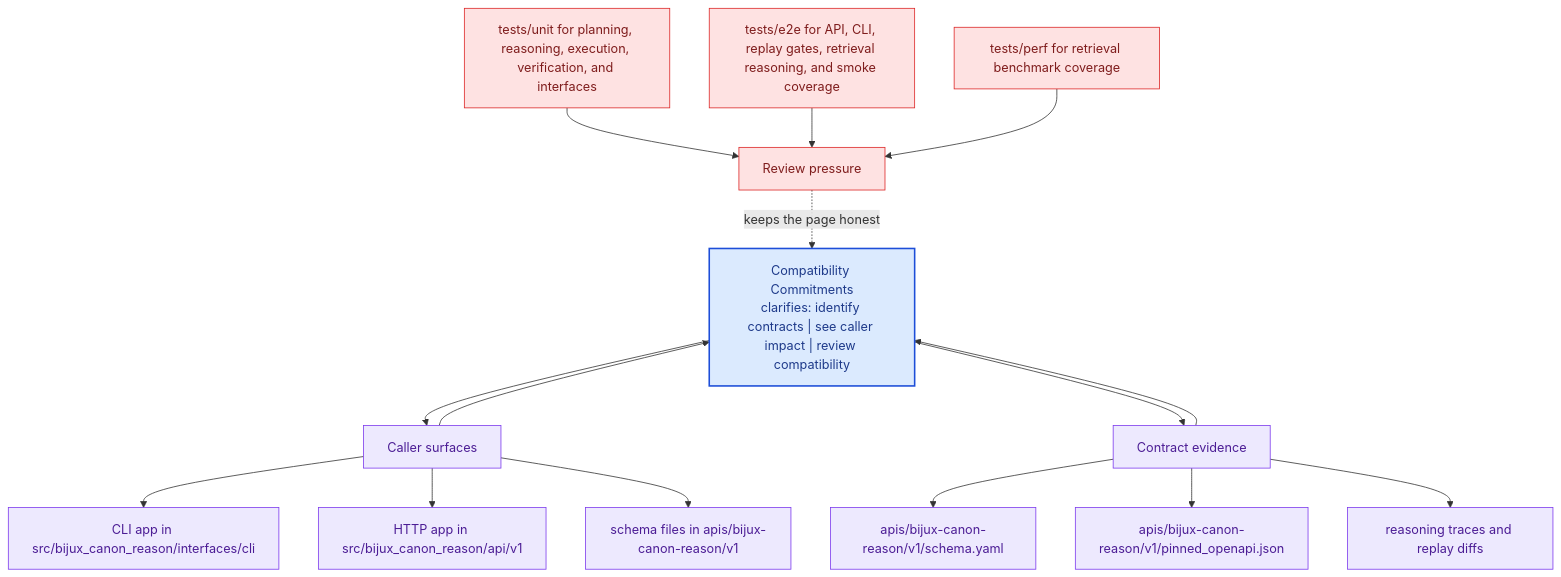
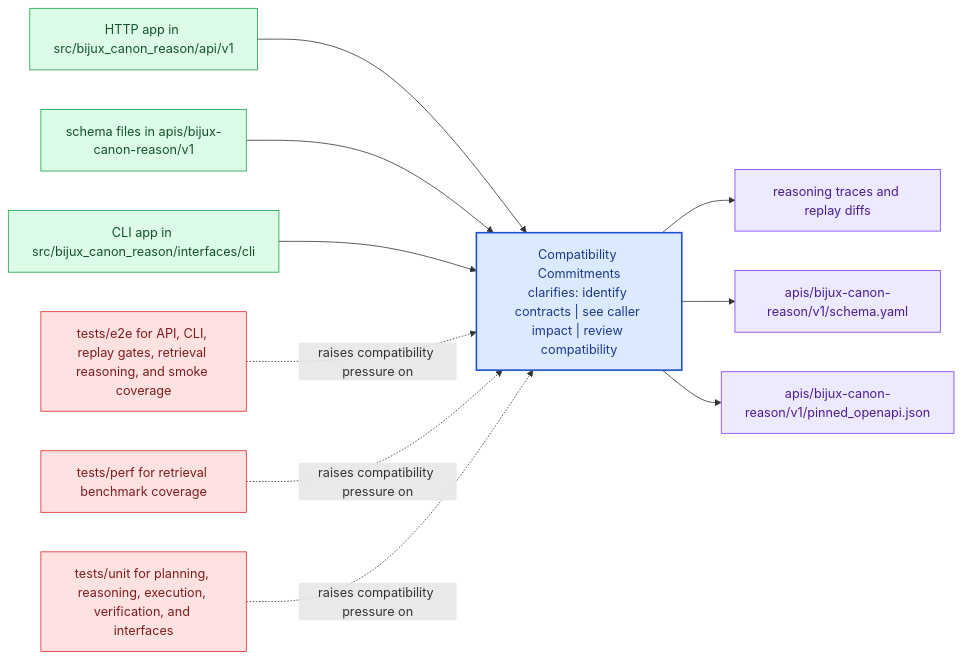
Before and after one commit to bijux/bijux-canon: the diagram in docs/bijux-canon-reason/interfaces/compatibility-commitments.md, drawn with Mermaid. The commit also changed other lines of this file and 281 other files, not shown here.

Commit message:
docs(diagrams): replace repeated mermaid scaffolds with page-specific summaries

````diff
--- a/docs/bijux-canon-reason/interfaces/compatibility-commitments.md
+++ b/docs/bijux-canon-reason/interfaces/compatibility-commitments.md
@@ -68,41 +23,31 @@
 ```mermaid
-flowchart TB
-    promise["Compatibility Commitments<br/>clarifies: identify contracts | see caller impact | review compatibility"]
-    classDef promise fill:#dbeafe,stroke:#1d4ed8,color:#1e3a8a,stroke-width:2px;
-    classDef driver fill:#dcfce7,stroke:#16a34a,color:#14532d;
-    classDef constraint fill:#fee2e2,stroke:#dc2626,color:#7f1d1d;
-    classDef ground fill:#ede9fe,stroke:#7c3aed,color:#4c1d95;
-    focus1["Caller surfaces"]
-    focus1 --> promise
-    promise --> focus1
-    focus1_1["CLI app in src/bijux_canon_reason/interfaces/cli"]
-    focus1 --> focus1_1
-    focus1_2["HTTP app in src/bijux_canon_reason/api/v1"]
-    focus1 --> focus1_2
-    focus1_3["schema files in apis/bijux-canon-reason/v1"]
-    focus1 --> focus1_3
-    class focus1 ground;
-    class focus1_1,focus1_2,focus1_3 ground;
-    focus2["Contract evidence"]
-    focus2 --> promise
-    promise --> focus2
-    focus2_1["apis/bijux-canon-reason/v1/schema.yaml"]
-    focus2 --> focus2_1
-    focus2_2["apis/bijux-canon-reason/v1/pinned_openapi.json"]
-    focus2 --> focus2_2
-    focus2_3["reasoning traces and replay diffs"]
-    focus2 --> focus2_3
-    class focus2 ground;
-    class focus2_1,focus2_2,focus2_3 ground;
-    focus3["Review pressure"]
-    focus3 -.keeps the page honest.-> promise
-    focus3_1["tests/unit for planning, reasoning, execution, verification, and interfaces"]
-    focus3_1 --> focus3
-    focus3_2["tests/e2e for API, CLI, replay gates, retrieval reasoning, and smoke coverage"]
-    focus3_2 --> focus3
-    focus3_3["tests/perf for retrieval benchmark coverage"]
-    focus3_3 --> focus3
-    class focus3 constraint;
-    class focus3_1,focus3_2,focus3_3 constraint;
-    class promise promise;
+flowchart LR
+    page["Compatibility Commitments<br/>clarifies: identify contracts | see caller impact | review compatibility"]
+    classDef page fill:#dbeafe,stroke:#1d4ed8,color:#1e3a8a,stroke-width:2px;
+    classDef positive fill:#dcfce7,stroke:#16a34a,color:#14532d;
+    classDef caution fill:#fee2e2,stroke:#dc2626,color:#7f1d1d;
+    classDef anchor fill:#ede9fe,stroke:#7c3aed,color:#4c1d95;
+    classDef action fill:#fef3c7,stroke:#d97706,color:#7c2d12;
+    surface1["HTTP app in src/bijux_canon_reason/api/v1"]
+    surface1 --> page
+    surface2["schema files in apis/bijux-canon-reason/v1"]
+    surface2 --> page
+    surface3["CLI app in src/bijux_canon_reason/interfaces/cli"]
+    surface3 --> page
+    proof1["reasoning traces and replay diffs"]
+    page --> proof1
+    proof2["apis/bijux-canon-reason/v1/schema.yaml"]
+    page --> proof2
+    proof3["apis/bijux-canon-reason/v1/pinned_openapi.json"]
+    page --> proof3
+    review1["tests/e2e for API, CLI, replay gates, retrieval reasoning, and smoke coverage"]
+    review1 -.raises compatibility pressure on.-> page
+    review2["tests/perf for retrieval benchmark coverage"]
+    review2 -.raises compatibility pressure on.-> page
+    review3["tests/unit for planning, reasoning, execution, verification, and interfaces"]
+    review3 -.raises compatibility pressure on.-> page
+    class page page;
+    class surface1,surface2,surface3 positive;
+    class proof1,proof2,proof3 anchor;
+    class review1,review2,review3 caution;
 ```
````
